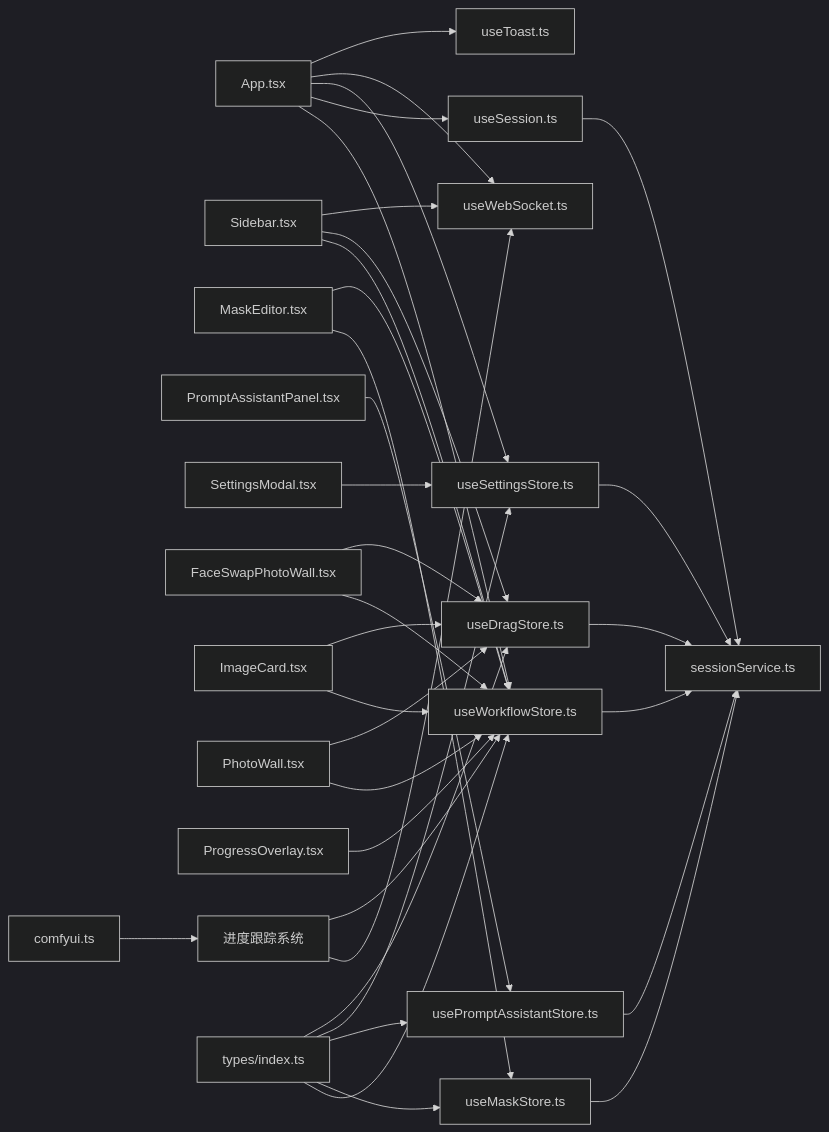
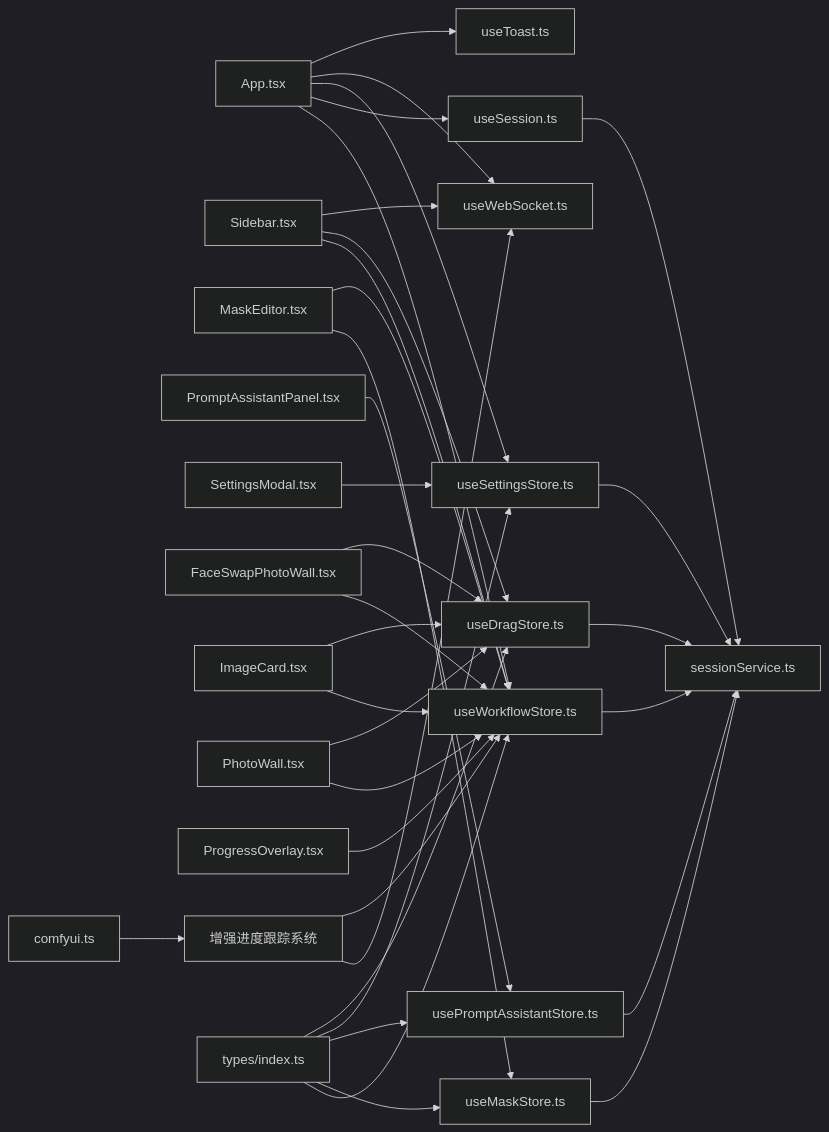
One commit to billye220670/CorineKit_Pix2Real changed the sixth of 6 diagrams in .qoder/repowiki/zh/content/项目概述/技术架构概览/前端架构设计/状态管理系统.md. Above: the diagram before and after it, drawn with Mermaid (dark theme). The commit also changed other lines of this file and 73 other files, not shown here.

````diff
--- a/.qoder/repowiki/zh/content/项目概述/技术架构概览/前端架构设计/状态管理系统.md
+++ b/.qoder/repowiki/zh/content/项目概述/技术架构概览/前端架构设计/状态管理系统.md
@@ -401,36 +421,36 @@
 ```mermaid
 graph LR
 App["App.tsx"] --> WF["useWorkflowStore.ts"]
 App --> SES["useSession.ts"]
 App --> SET["useSettingsStore.ts"]
 App --> WS["useWebSocket.ts"]
 App --> TOAST["useToast.ts"]
 Sidebar["Sidebar.tsx"] --> WF
 Sidebar --> DRAG["useDragStore.ts"]
 Sidebar --> WS
 MaskEditor["MaskEditor.tsx"] --> MAS["useMaskStore.ts"]
 MaskEditor --> WF
 PromptPanel["PromptAssistantPanel.tsx"] --> PA["usePromptAssistantStore.ts"]
 SettingsModal["SettingsModal.tsx"] --> SET
 FaceSwap["FaceSwapPhotoWall.tsx"] --> WF
 FaceSwap --> DRAG
 ImageCard["ImageCard.tsx"] --> WF
 ImageCard --> DRAG
 PhotoWall["PhotoWall.tsx"] --> WF
 PhotoWall --> DRAG
 ProgressOverlay["ProgressOverlay.tsx"] --> WF
 SES --> API["sessionService.ts"]
 WF --> API
 MAS --> API
 PA --> API
 SET --> API
 DRAG --> API
-PROGRESS["进度跟踪系统"] --> WS
-PROGRESS --> WF
+ENHANCEDPROGRESS["增强进度跟踪系统"] --> WS
+ENHANCEDPROGRESS --> WF
 TYPES["types/index.ts"] --> WF
 TYPES --> MAS
 TYPES --> PA
 TYPES --> SET
 TYPES --> DRAG
-COMFYUI["comfyui.ts"] --> PROGRESS
+COMFYUI["comfyui.ts"] --> ENHANCEDPROGRESS
 ```
````
